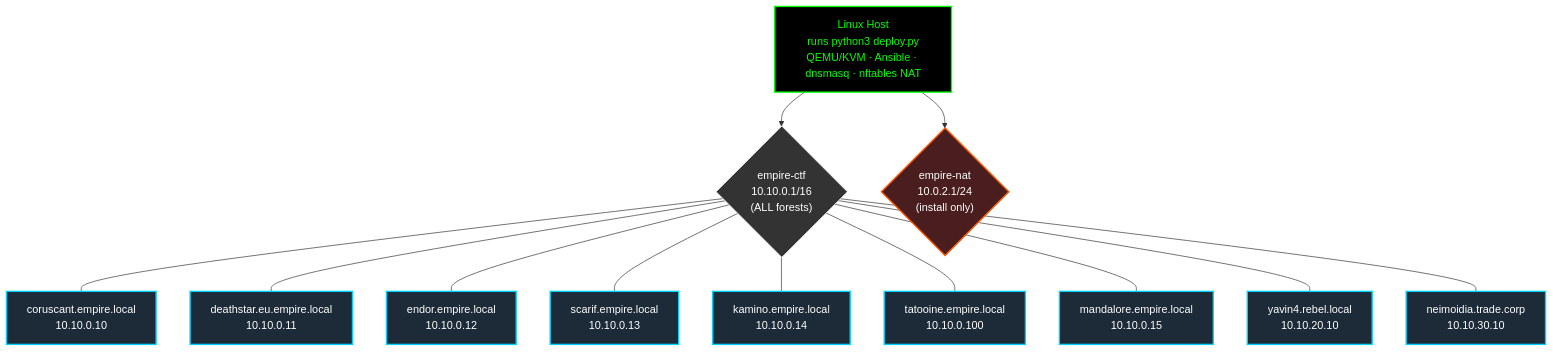
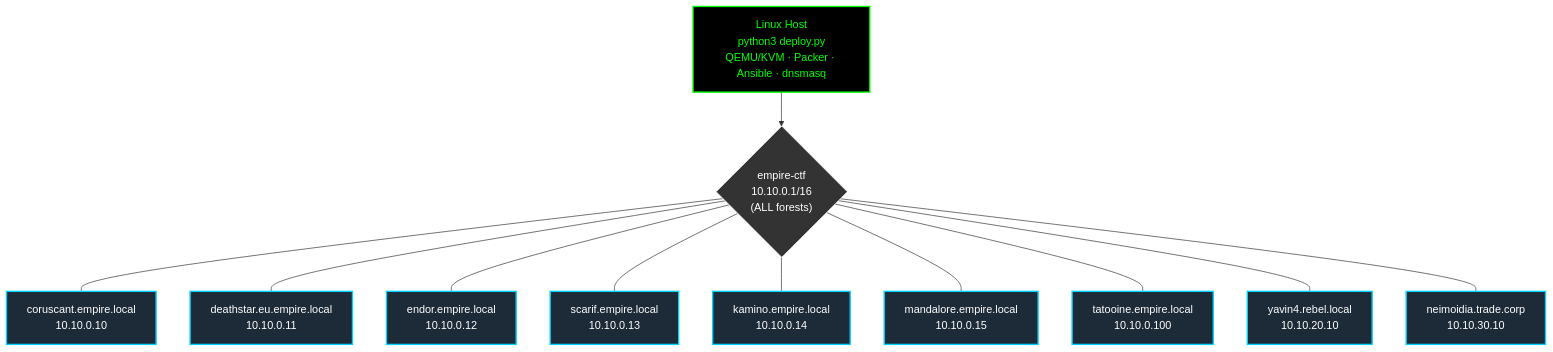
Before and after one commit to sanchitsahni/Damn-Vunerable-Active-Directory: the first of 3 diagrams in README.md, drawn with Mermaid. The commit also changed other lines of this file, not shown here.

````diff
--- a/README.md
+++ b/README.md
@@ -21,25 +23,20 @@
 ```mermaid
 graph TD
     classDef host fill:#000,stroke:#0f0,stroke-width:2px,color:#0f0;
     classDef bridge fill:#333,stroke:#fff,stroke-width:1px,color:#fff;
     classDef vm fill:#1d2b38,stroke:#00d2ff,stroke-width:2px,color:#fff;
-    classDef nat fill:#4a1e1e,stroke:#ff5500,stroke-width:2px,color:#fff;
 
-    Host["Linux Host<br/>runs python3 deploy.py<br/>QEMU/KVM · Ansible · dnsmasq · nftables NAT"]:::host
-
+    Host["Linux Host<br/>python3 deploy.py<br/>QEMU/KVM · Packer · Ansible · dnsmasq"]:::host
     CTF{"empire-ctf<br/>10.10.0.1/16<br/>(ALL forests)"}:::bridge
-    NAT{"empire-nat<br/>10.0.2.1/24<br/>(install only)"}:::nat
-
     Host --> CTF
-    Host --> NAT
 
     CTF --- coruscant["coruscant.empire.local<br/>10.10.0.10"]:::vm
     CTF --- deathstar["deathstar.eu.empire.local<br/>10.10.0.11"]:::vm
     CTF --- endor["endor.empire.local<br/>10.10.0.12"]:::vm
     CTF --- scarif["scarif.empire.local<br/>10.10.0.13"]:::vm
     CTF --- kamino["kamino.empire.local<br/>10.10.0.14"]:::vm
+    CTF --- mandalore["mandalore.empire.local<br/>10.10.0.15"]:::vm
     CTF --- tatooine["tatooine.empire.local<br/>10.10.0.100"]:::vm
-    CTF --- mandalore["mandalore.empire.local<br/>10.10.0.15"]:::vm
     CTF --- yavin4["yavin4.rebel.local<br/>10.10.20.10"]:::vm
     CTF --- neimoidia["neimoidia.trade.corp<br/>10.10.30.10"]:::vm
 ```
````
